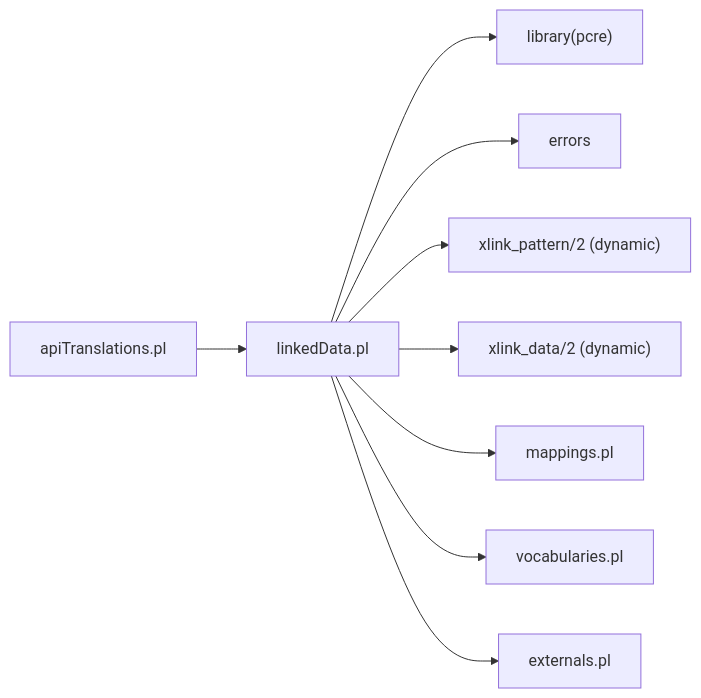
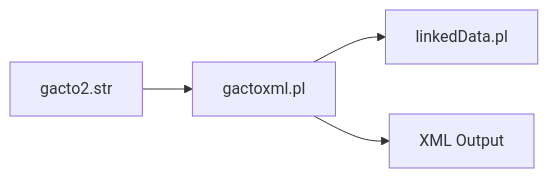
One commit to time-link/timelink-kleio changed the sixth of 6 diagrams in .qoder/repowiki/en/content/Translation Engine/Linked Data Integration.md. Above: the diagram before and after it, drawn with Mermaid. The commit also changed other lines of this file and 225 other files, not shown here.

````diff
--- a/.qoder/repowiki/en/content/Translation Engine/Linked Data Integration.md
+++ b/.qoder/repowiki/en/content/Translation Engine/Linked Data Integration.md
@@ -227,11 +233,6 @@
 ```mermaid
 graph LR
-LD["linkedData.pl"] --> PCRE["library(pcre)"]
-LD --> ERR["errors"]
-LD --> PAT["xlink_pattern/2 (dynamic)"]
-LD --> DATA["xlink_data/2 (dynamic)"]
-LD --> MAP["mappings.pl"]
-LD --> VOC["vocabularies.pl"]
-LD --> EXT["externals.pl"]
-API["apiTranslations.pl"] --> LD
+S["gacto2.str"] --> E["gactoxml.pl"]
+E --> L["linkedData.pl"]
+E --> O["XML Output"]
 ```
````
